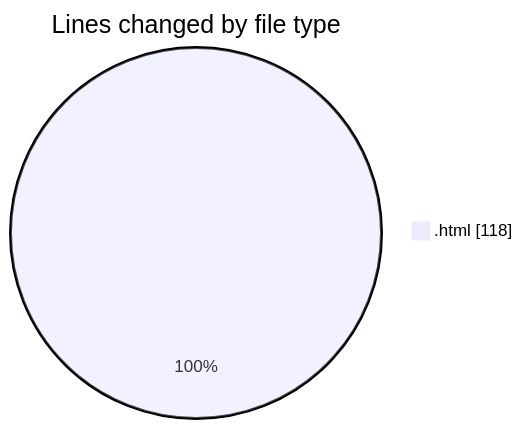
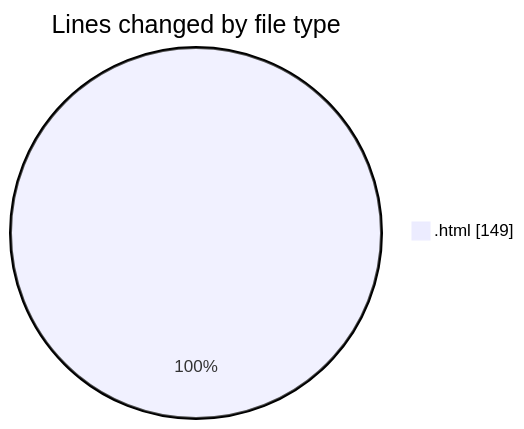
The first of 2 diagrams in 2025-01-07/nueva_carpeta/README.md (LanceThiago/code-tracking), drawn with Mermaid before and after one commit. The commit also changed other lines of this file and 1 other file, not shown here.

````diff
--- a/2025-01-07/nueva_carpeta/README.md
+++ b/2025-01-07/nueva_carpeta/README.md
@@ -20,5 +20,5 @@
 ```mermaid
 pie showData
 title Lines changed by file type
-".html" : 118
+".html" : 149
 ```
````
